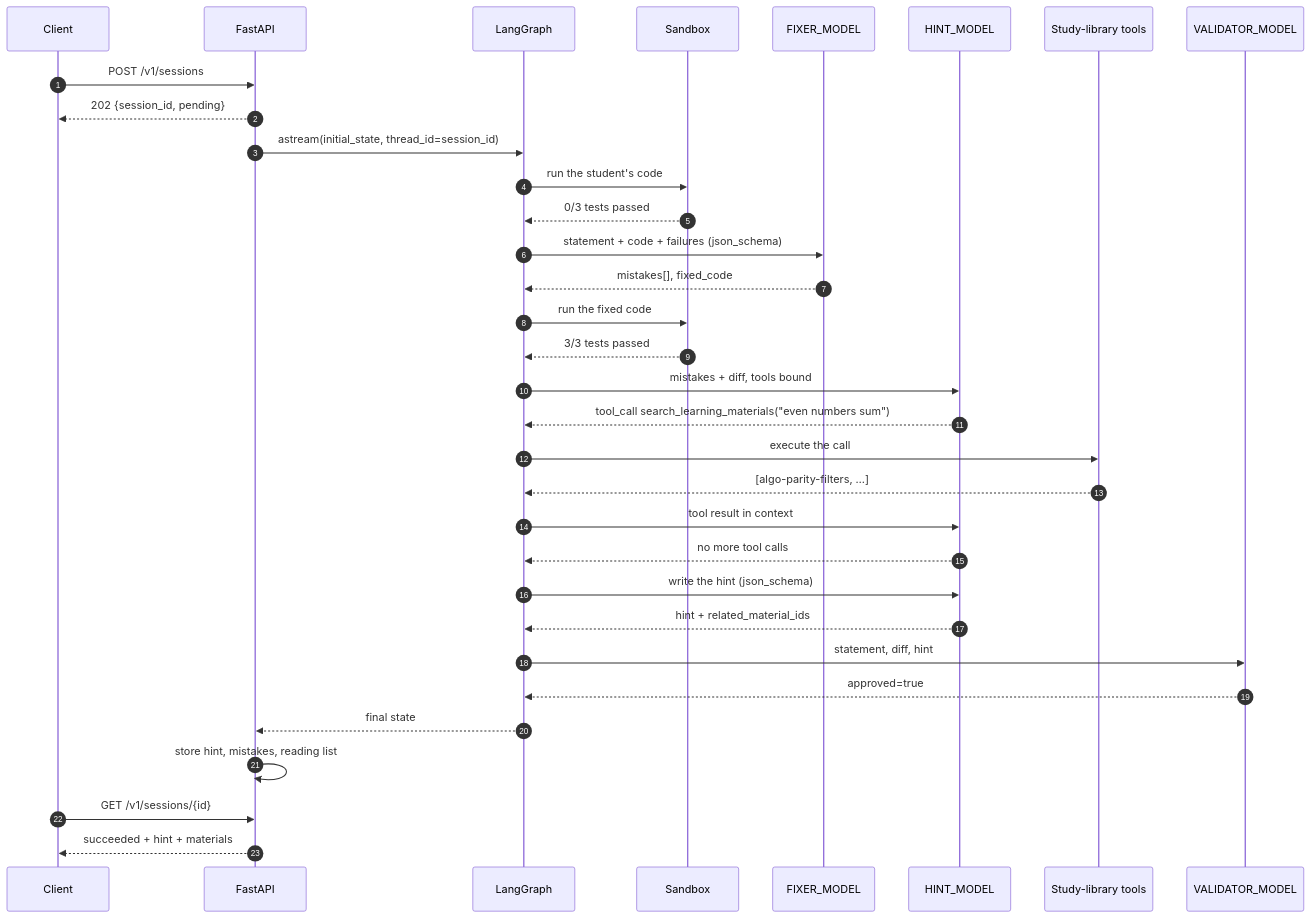
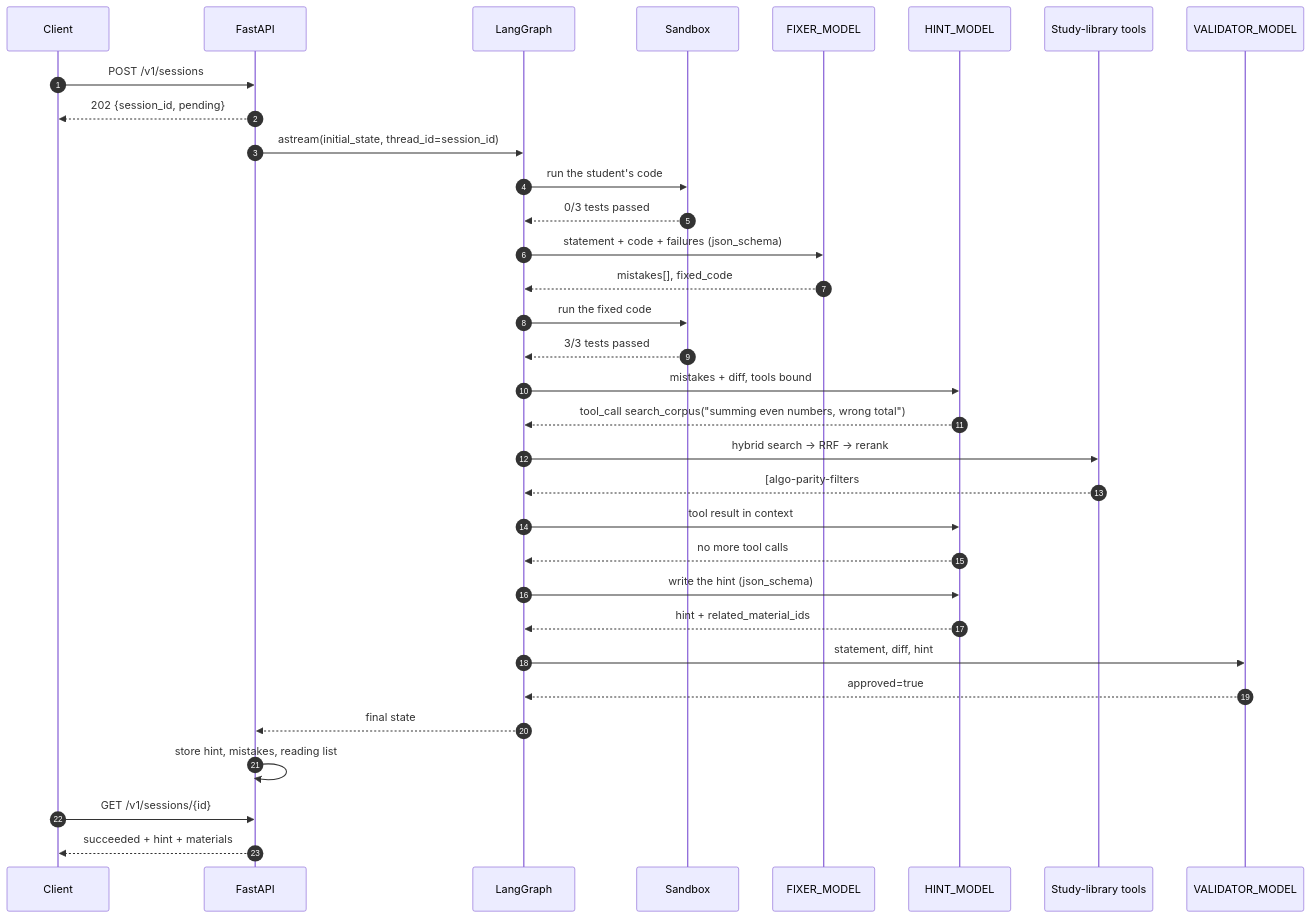
The second of 3 diagrams in README.md (profoundmentalretardation/problem-helper), drawn with Mermaid before and after one commit. The commit also changed other lines of this file and 66 other files, not shown here.

````diff
--- a/README.md
+++ b/README.md
@@ -107,36 +117,36 @@
 ```mermaid
 sequenceDiagram
     autonumber
     participant C as Client
     participant API as FastAPI
     participant G as LangGraph
     participant S as Sandbox
     participant F as FIXER_MODEL
     participant H as HINT_MODEL
     participant T as Study-library tools
     participant V as VALIDATOR_MODEL
 
     C->>API: POST /v1/sessions
     API-->>C: 202 {session_id, pending}
     API->>G: astream(initial_state, thread_id=session_id)
     G->>S: run the student's code
     S-->>G: 0/3 tests passed
     G->>F: statement + code + failures (json_schema)
     F-->>G: mistakes[], fixed_code
     G->>S: run the fixed code
     S-->>G: 3/3 tests passed
     G->>H: mistakes + diff, tools bound
-    H-->>G: tool_call search_learning_materials("even numbers sum")
-    G->>T: execute the call
-    T-->>G: [algo-parity-filters, …]
+    H-->>G: tool_call search_corpus("summing even numbers, wrong total")
+    G->>T: hybrid search → RRF → rerank
+    T-->>G: [algo-parity-filters#3.0, …]
     G->>H: tool result in context
     H-->>G: no more tool calls
     G->>H: write the hint (json_schema)
     H-->>G: hint + related_material_ids
     G->>V: statement, diff, hint
     V-->>G: approved=true
     G-->>API: final state
     API->>API: store hint, mistakes, reading list
     C->>API: GET /v1/sessions/{id}
     API-->>C: succeeded + hint + materials
 ```
````
